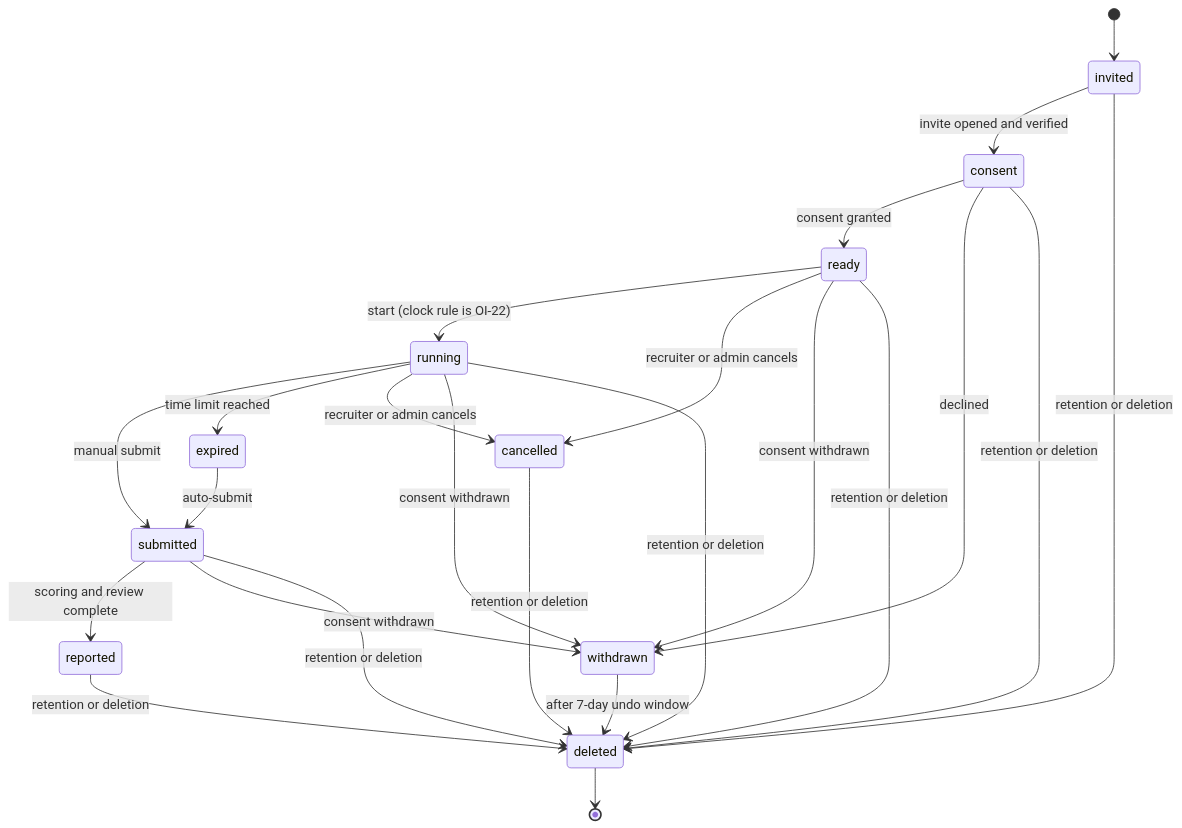
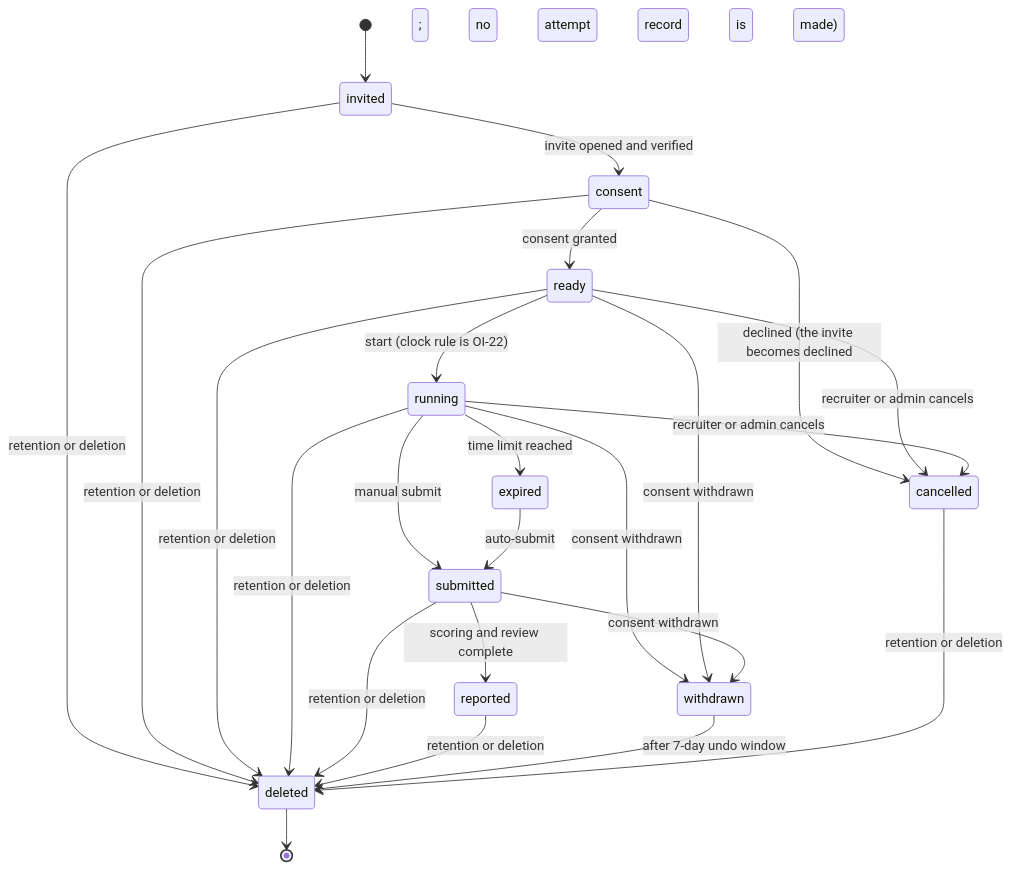
Before and after one commit to tannmayygupta/owasp-mart: the second of 6 diagrams in docs/architecture/04-data-and-state.md, drawn with Mermaid. The commit also changed 25 other files, not shown here.

````diff
--- a/docs/architecture/04-data-and-state.md
+++ b/docs/architecture/04-data-and-state.md
@@ -232,26 +232,26 @@
 ```mermaid
 stateDiagram-v2
     [*] --> invited
     invited --> consent: invite opened and verified
     consent --> ready: consent granted
-    consent --> withdrawn: declined
+    consent --> cancelled: declined (the invite becomes declined; no attempt record is made)
     ready --> running: start (clock rule is OI-22)
     running --> submitted: manual submit
     running --> expired: time limit reached
     expired --> submitted: auto-submit
     submitted --> reported: scoring and review complete
     ready --> cancelled: recruiter or admin cancels
     running --> cancelled: recruiter or admin cancels
     running --> withdrawn: consent withdrawn
     ready --> withdrawn: consent withdrawn
     submitted --> withdrawn: consent withdrawn
     invited --> deleted: retention or deletion
     consent --> deleted: retention or deletion
     ready --> deleted: retention or deletion
     running --> deleted: retention or deletion
     submitted --> deleted: retention or deletion
     reported --> deleted: retention or deletion
     withdrawn --> deleted: after 7-day undo window
     cancelled --> deleted: retention or deletion
     deleted --> [*]
 ```
````
